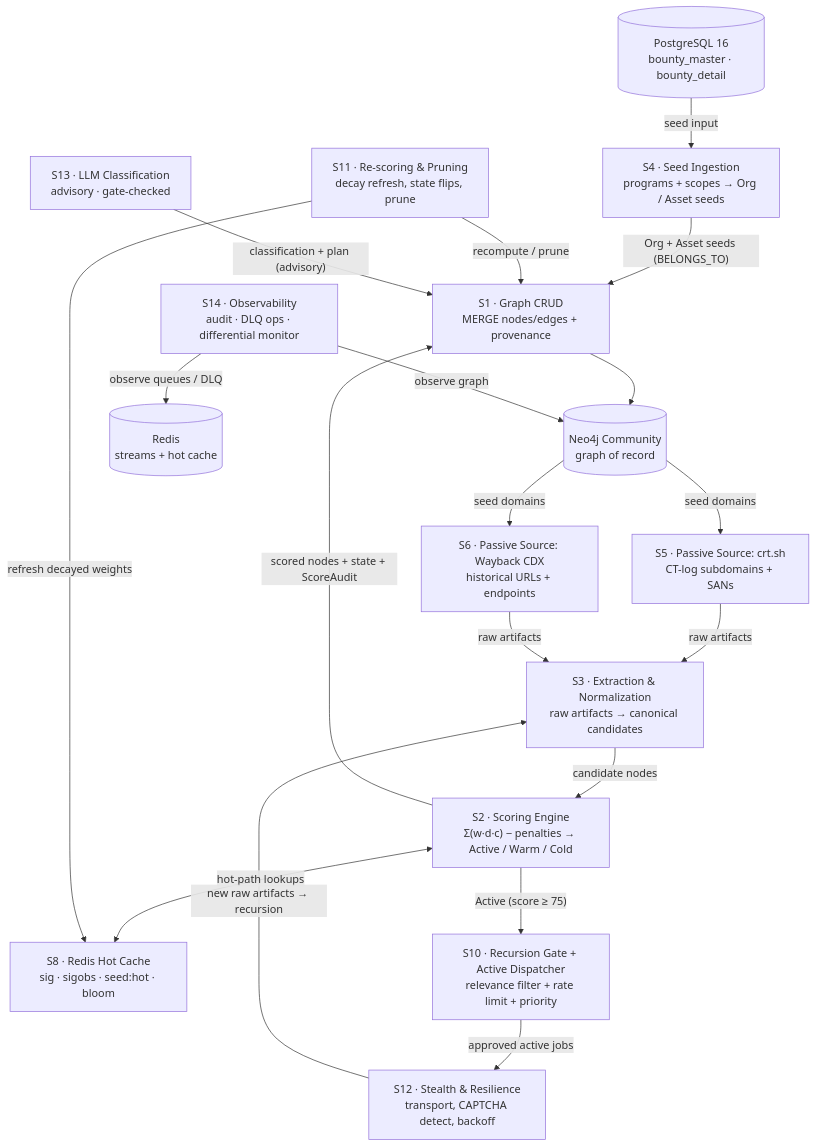
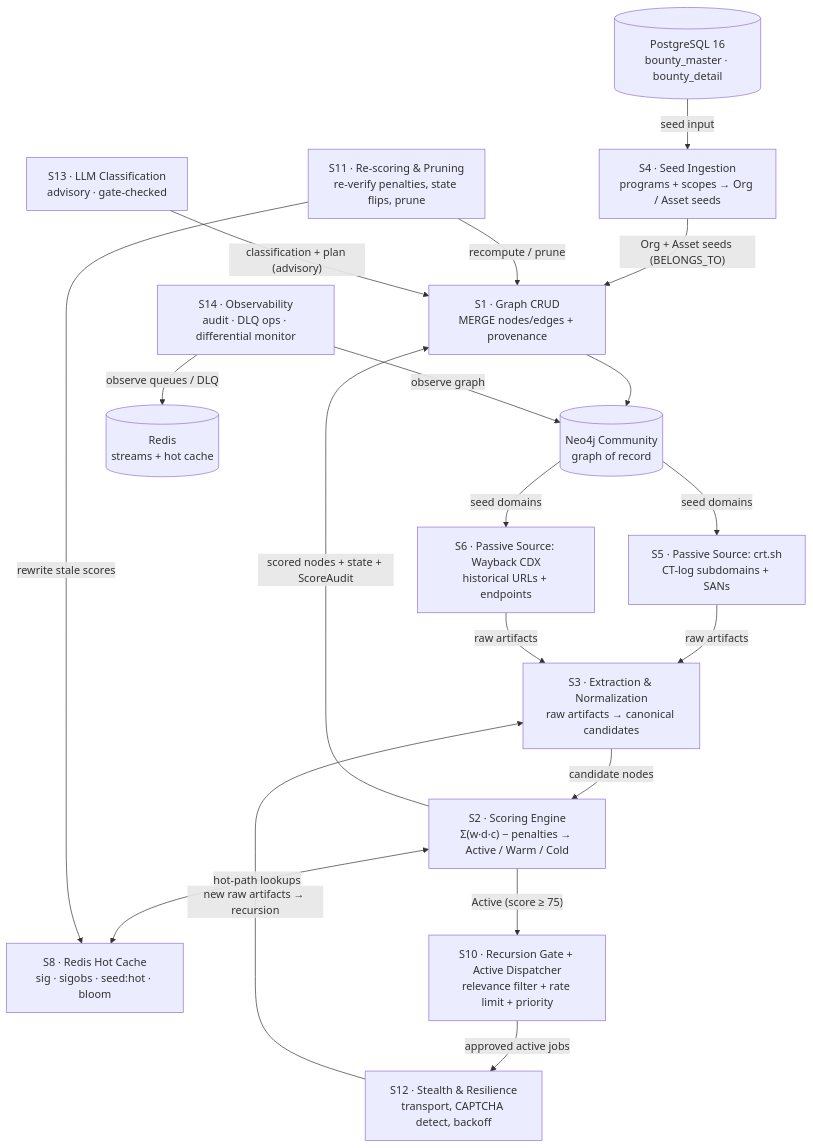
The first of 4 diagrams in docs/recon_docs/recon_flow.md (Haskeeb265/Attackbot-Minima), drawn with Mermaid before and after one commit. The commit also changed other lines of this file and 98 other files, not shown here.

````diff
--- a/docs/recon_docs/recon_flow.md
+++ b/docs/recon_docs/recon_flow.md
@@ -47,38 +47,38 @@
 ```mermaid
 flowchart TD
     PG[(PostgreSQL 16<br/>bounty_master · bounty_detail)]
     NEO[(Neo4j Community<br/>graph of record)]
     RD[(Redis<br/>streams + hot cache)]
 
     S4["S4 · Seed Ingestion<br/>programs + scopes → Org / Asset seeds"]
     S5["S5 · Passive Source: crt.sh<br/>CT-log subdomains + SANs"]
     S6["S6 · Passive Source: Wayback CDX<br/>historical URLs + endpoints"]
     S3["S3 · Extraction & Normalization<br/>raw artifacts → canonical candidates"]
     S2["S2 · Scoring Engine<br/>Σ(w·d·c) − penalties → Active / Warm / Cold"]
     S1["S1 · Graph CRUD<br/>MERGE nodes/edges + provenance"]
     S8["S8 · Redis Hot Cache<br/>sig · sigobs · seed:hot · bloom"]
     S10["S10 · Recursion Gate + Active Dispatcher<br/>relevance filter + rate limit + priority"]
     S12["S12 · Stealth & Resilience<br/>transport, CAPTCHA detect, backoff"]
-    S11["S11 · Re-scoring & Pruning<br/>decay refresh, state flips, prune"]
+    S11["S11 · Re-scoring & Pruning<br/>re-verify penalties, state flips, prune"]
     S13["S13 · LLM Classification<br/>advisory · gate-checked"]
     S14["S14 · Observability<br/>audit · DLQ ops · differential monitor"]
 
     PG -->|"seed input"| S4
     S4 -->|"Org + Asset seeds (BELONGS_TO)"| S1
     S1 --> NEO
     NEO -->|"seed domains"| S5
     NEO -->|"seed domains"| S6
     S5 -->|"raw artifacts"| S3
     S6 -->|"raw artifacts"| S3
     S3 -->|"candidate nodes"| S2
     S2 -->|"scored nodes + state + ScoreAudit"| S1
     S2 <-->|"hot-path lookups"| S8
     S2 -->|"Active (score ≥ 75)"| S10
     S10 -->|"approved active jobs"| S12
     S12 -->|"new raw artifacts → recursion"| S3
     S11 -->|"recompute / prune"| S1
-    S11 -->|"refresh decayed weights"| S8
+    S11 -->|"rewrite stale scores"| S8
     S13 -->|"classification + plan (advisory)"| S1
     S14 -->|"observe graph"| NEO
     S14 -->|"observe queues / DLQ"| RD
 ```
````
